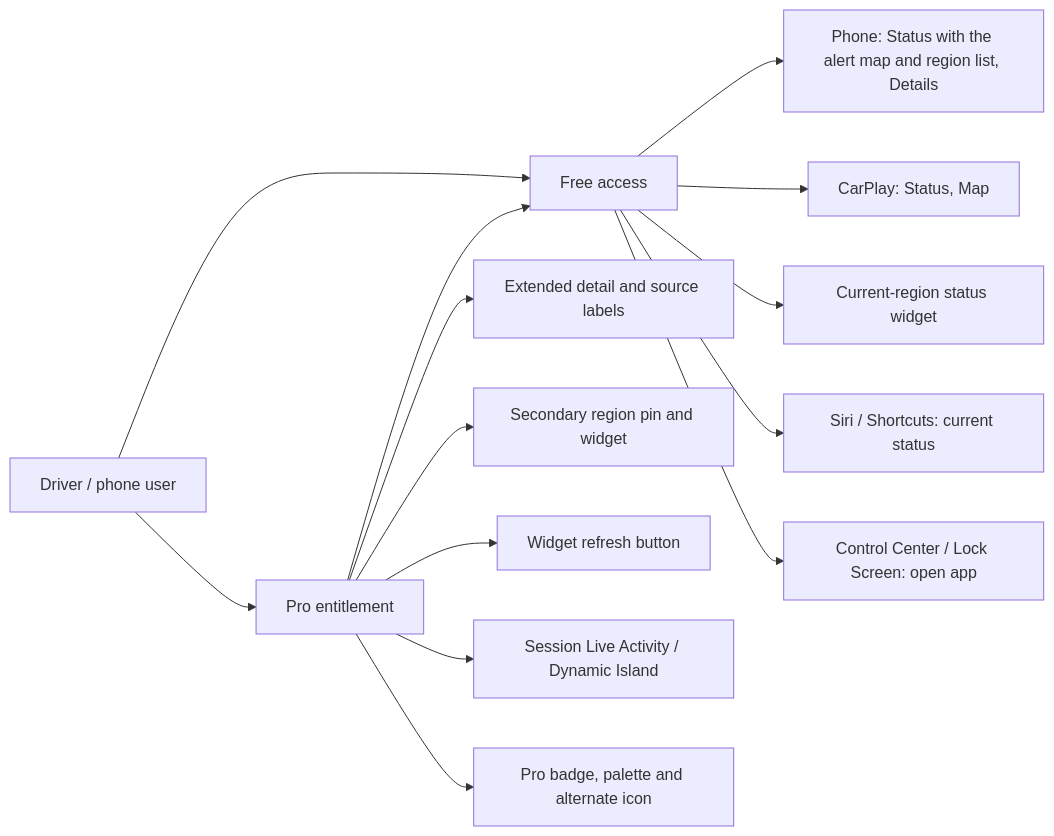
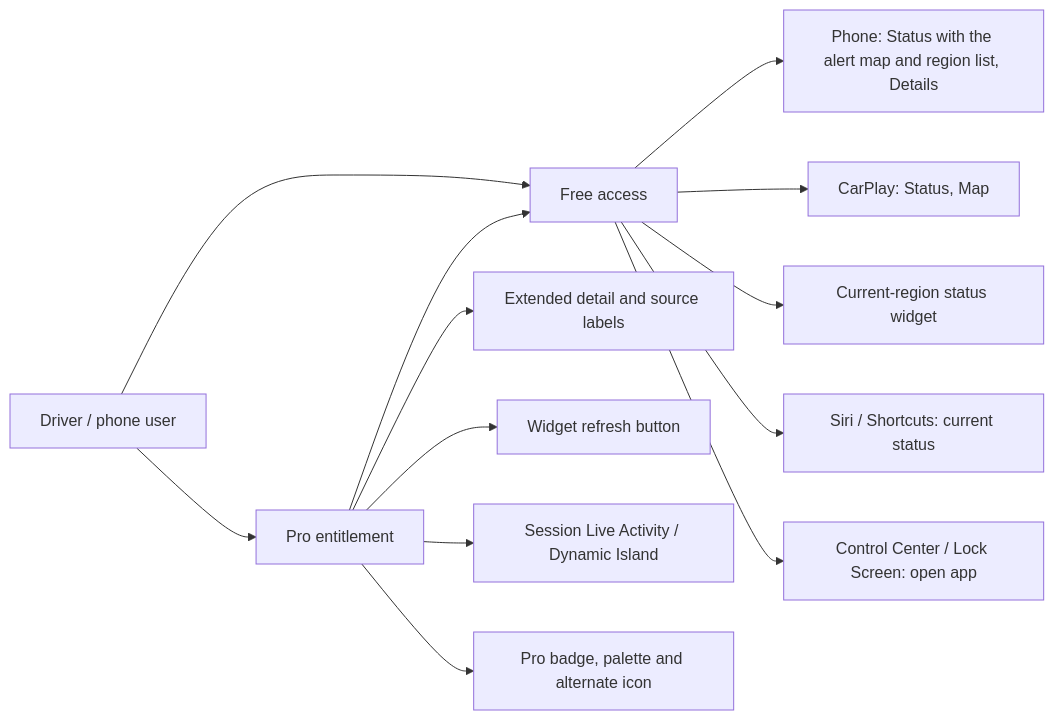
One commit to vil4max/regional-check changed the first of 3 diagrams in docs/engineering/project-map.md. Above: the diagram before and after it, drawn with Mermaid. The commit also changed other lines of this file and 27 other files, not shown here.

````diff
--- a/docs/engineering/project-map.md
+++ b/docs/engineering/project-map.md
@@ -18,16 +18,15 @@
 ```mermaid
 flowchart LR
     User[Driver / phone user] --> Free[Free access]
     User --> Pro[Pro entitlement]
     Pro --> Free
     Free --> Phone[Phone: Status with the alert map and region list, Details]
     Free --> CP[CarPlay: Status, Map]
     Free --> Widget[Current-region status widget]
     Free --> Siri[Siri / Shortcuts: current status]
     Free --> Control[Control Center / Lock Screen: open app]
     Pro --> Detail[Extended detail and source labels]
-    Pro --> Secondary[Secondary region pin and widget]
     Pro --> Refresh[Widget refresh button]
     Pro --> Activity[Session Live Activity / Dynamic Island]
     Pro --> Appearance[Pro badge, palette and alternate icon]
 ```
````
